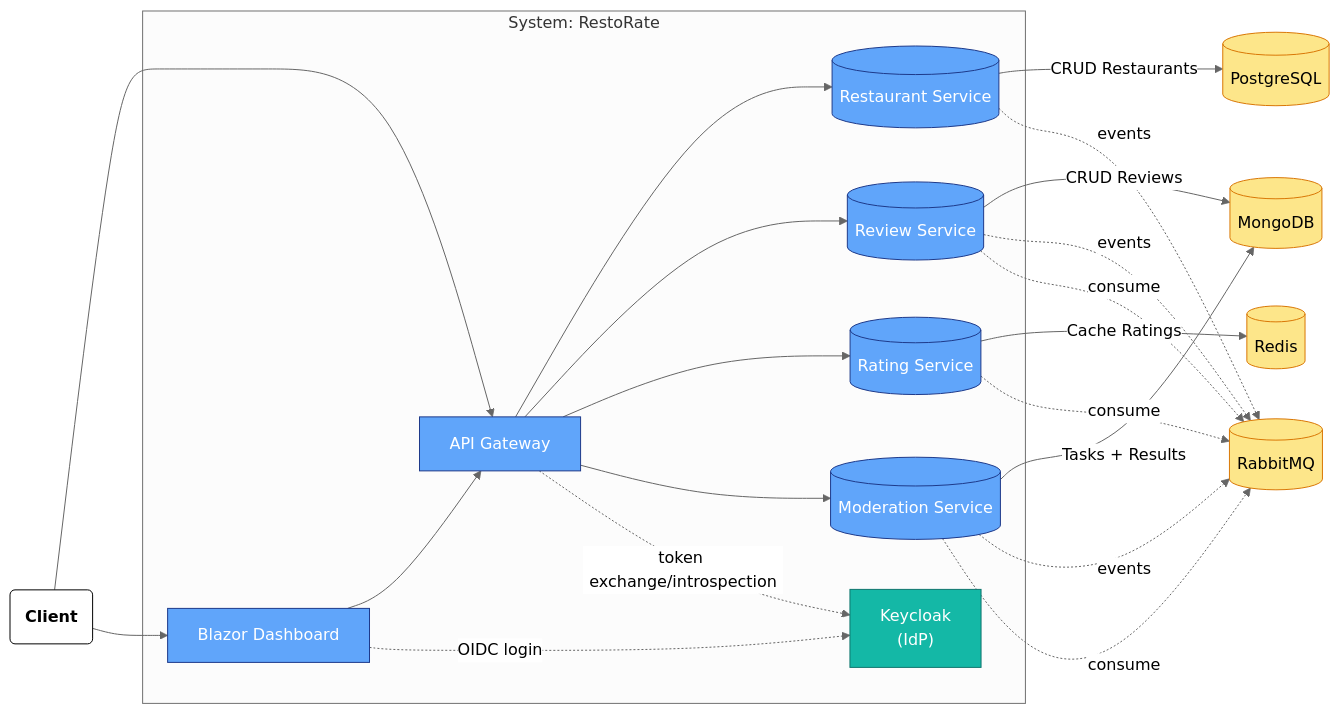
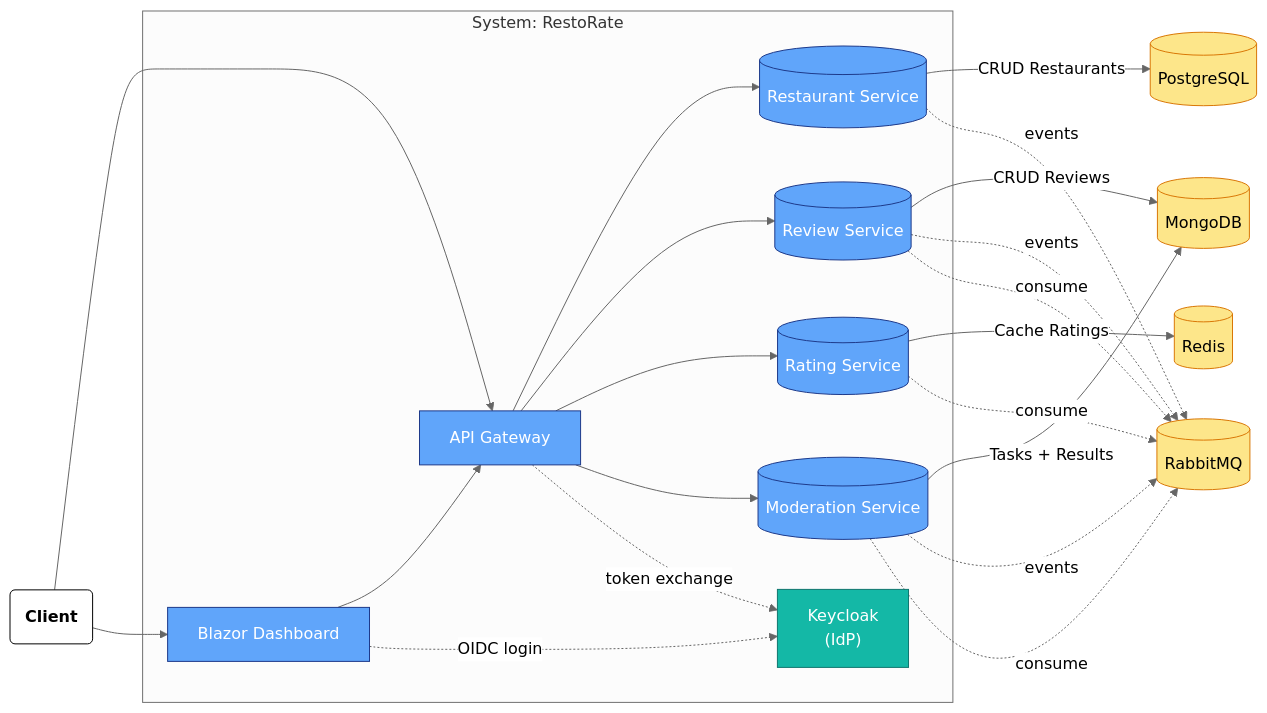
One commit to bagermoon/otuscode changed the second of 4 diagrams in docs/diagrams.md. Above: the diagram before and after it, drawn with Mermaid (neutral theme). The commit also changed other lines of this file and 5 other files, not shown here.

````diff
--- a/docs/diagrams.md
+++ b/docs/diagrams.md
@@ -82,40 +84,40 @@
     ```mermaid
     flowchart LR
     actor(Client):::actor --> Gateway[API Gateway]
     actor(Client):::actor --> Dashboard[Blazor Dashboard]
     
 
     subgraph Boundary_System[System: RestoRate]
         Keycloak["`Keycloak<br/>(IdP)`"]
         Gateway --> RestaurantSvc[(Restaurant Service)]
         Gateway --> ReviewSvc[(Review Service)]
         Gateway --> RatingSvc[(Rating Service)]
         Gateway --> ModerationSvc[(Moderation Service)]
         
         Dashboard --> Gateway
     end
 
     %% Identity and token flows
     Dashboard -.OIDC login.-> Keycloak
-    Gateway -.token exchange/introspection.-> Keycloak
+    Gateway -.token exchange.-> Keycloak
 
     RestaurantSvc -->|CRUD Restaurants| PostgreSQL[(PostgreSQL)]
     ReviewSvc -->|CRUD Reviews| MongoDB[(MongoDB)]
     ModerationSvc -->|Tasks + Results| MongoDB
     RatingSvc -->|Cache Ratings| Redis[(Redis)]
 
     ReviewSvc -.events.-> RabbitMQ[(RabbitMQ)]
     RestaurantSvc -.events.-> RabbitMQ
     ModerationSvc -.events.-> RabbitMQ
     RatingSvc -.consume.-> RabbitMQ
     ModerationSvc -.consume.-> RabbitMQ
     ReviewSvc -.consume.-> RabbitMQ
 
     classDef actor fill:#fff,stroke:#000,font-weight:bold
     classDef db fill:#fde68a,stroke:#d97706
     classDef comp fill:#60a5fa,stroke:#1e3a8a,color:#fff
     classDef idp fill:#14b8a6,stroke:#0f766e,color:#fff
     class RestaurantSvc,ReviewSvc,RatingSvc,ModerationSvc,Gateway,Dashboard comp
     class Keycloak idp
     class PostgreSQL,MongoDB,Redis,RabbitMQ db
     ```
````
